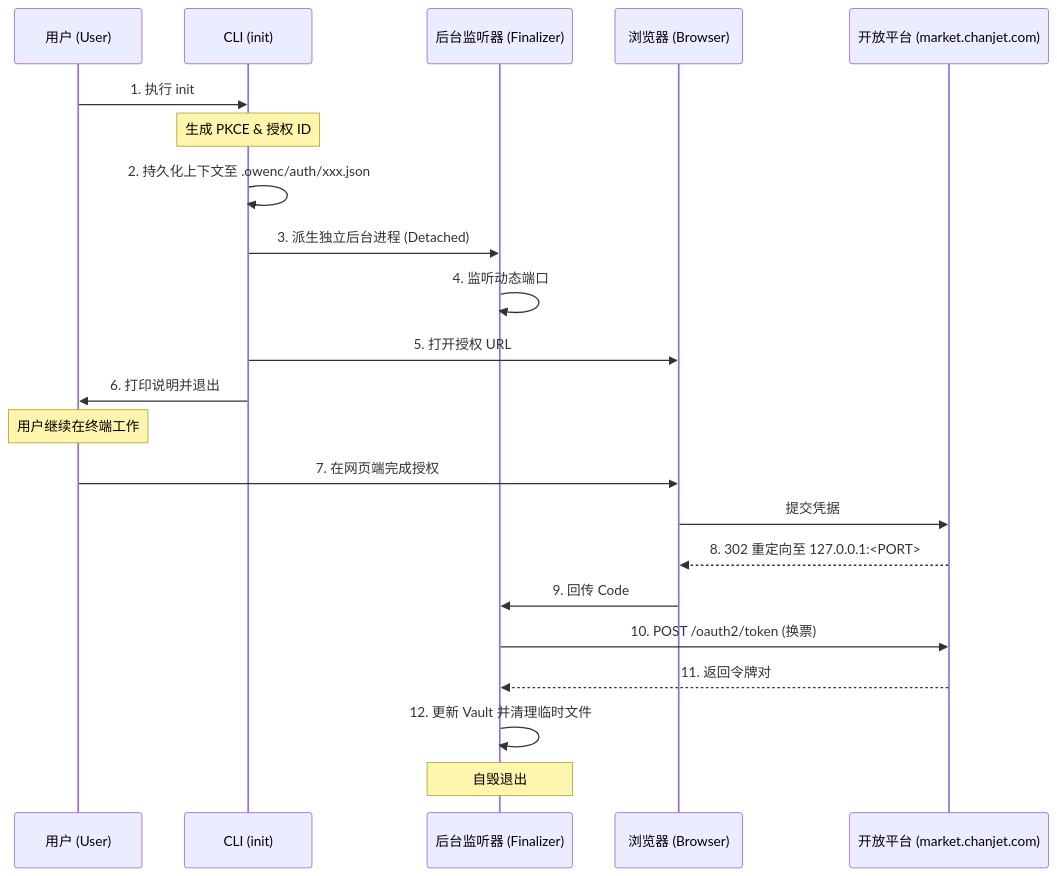
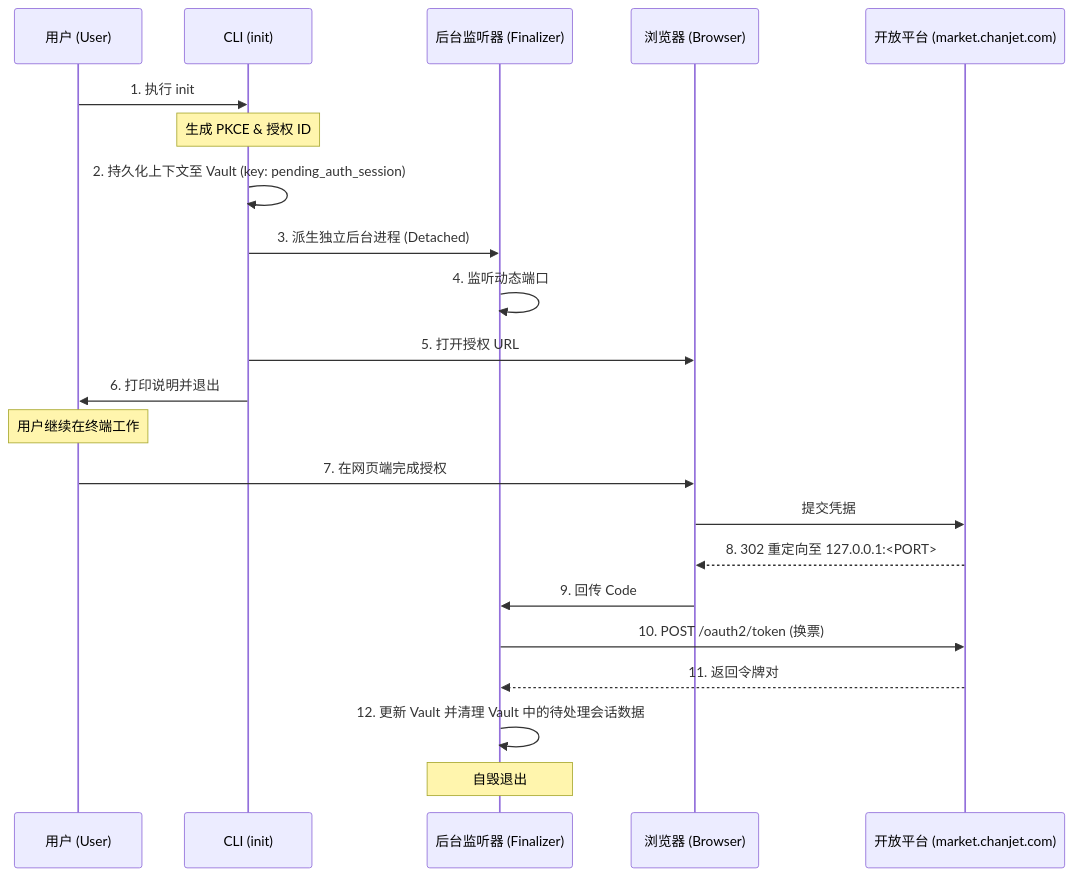
Before and after one commit to Chanjet/chanjet-openplatform-stream-java: the diagram in cli/cowen/docs/pr/PRD_v0.2.0_OAuth2_PKCE_Auth_Mode.md, drawn with Mermaid. The commit also changed other lines of this file and 29 other files, not shown here.

````diff
--- a/cli/cowen/docs/pr/PRD_v0.2.0_OAuth2_PKCE_Auth_Mode.md
+++ b/cli/cowen/docs/pr/PRD_v0.2.0_OAuth2_PKCE_Auth_Mode.md
@@ -82,27 +82,27 @@
 ```mermaid
 sequenceDiagram
     participant User as 用户 (User)
     participant CLI as CLI (init)
     participant Finalizer as 后台监听器 (Finalizer)
     participant Browser as 浏览器 (Browser)
     participant Auth as 开放平台 (market.chanjet.com)
 
     User->>CLI: 1. 执行 init
     Note over CLI: 生成 PKCE & 授权 ID
-    CLI->>CLI: 2. 持久化上下文至 .owenc/auth/xxx.json
+    CLI->>CLI: 2. 持久化上下文至 Vault (key: pending_auth_session)
     CLI->>Finalizer: 3. 派生独立后台进程 (Detached)
     Finalizer->>Finalizer: 4. 监听动态端口
     CLI->>Browser: 5. 打开授权 URL
     CLI->>User: 6. 打印说明并退出
     
     Note over User: 用户继续在终端工作
     
     User->>Browser: 7. 在网页端完成授权
     Browser->>Auth: 提交凭据
     Auth-->>Browser: 8. 302 重定向至 127.0.0.1:<PORT>
     Browser->>Finalizer: 9. 回传 Code
     Finalizer->>Auth: 10. POST /oauth2/token (换票)
     Auth-->>Finalizer: 11. 返回令牌对
-    Finalizer->>Finalizer: 12. 更新 Vault 并清理临时文件
+    Finalizer->>Finalizer: 12. 更新 Vault 并清理 Vault 中的待处理会话数据
     Note over Finalizer: 自毁退出
 ```
````
